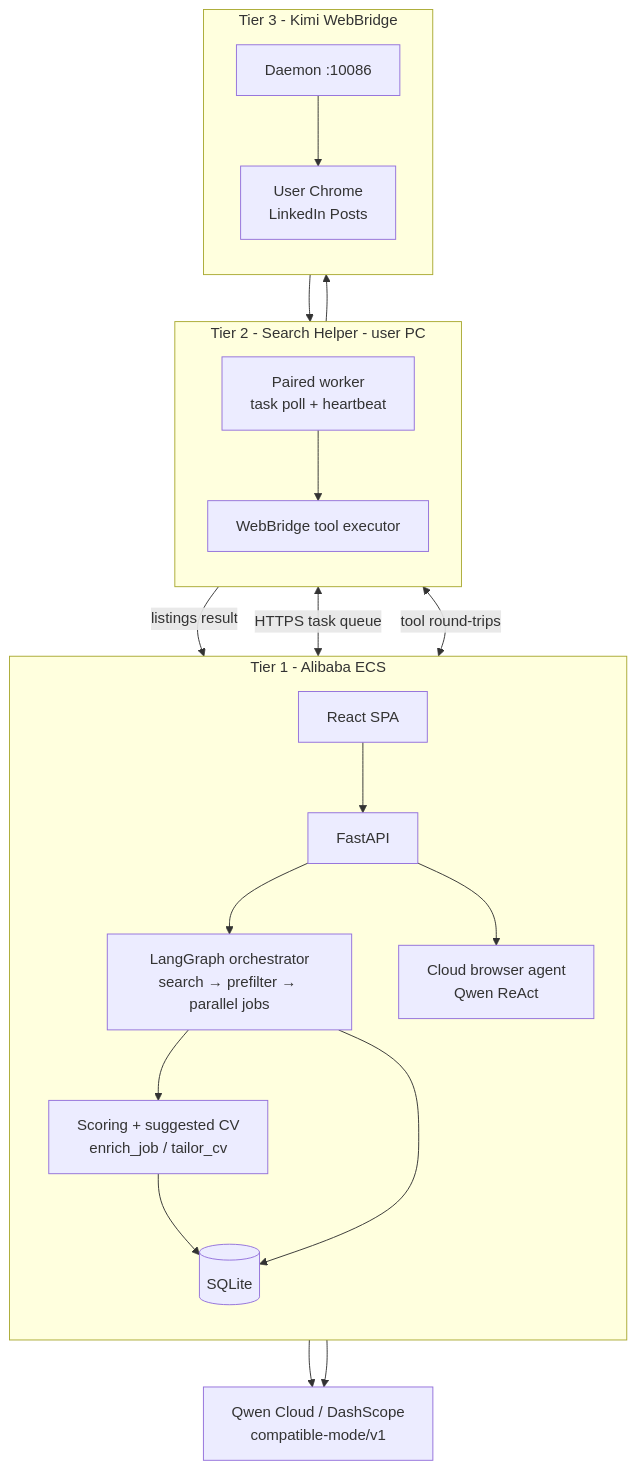
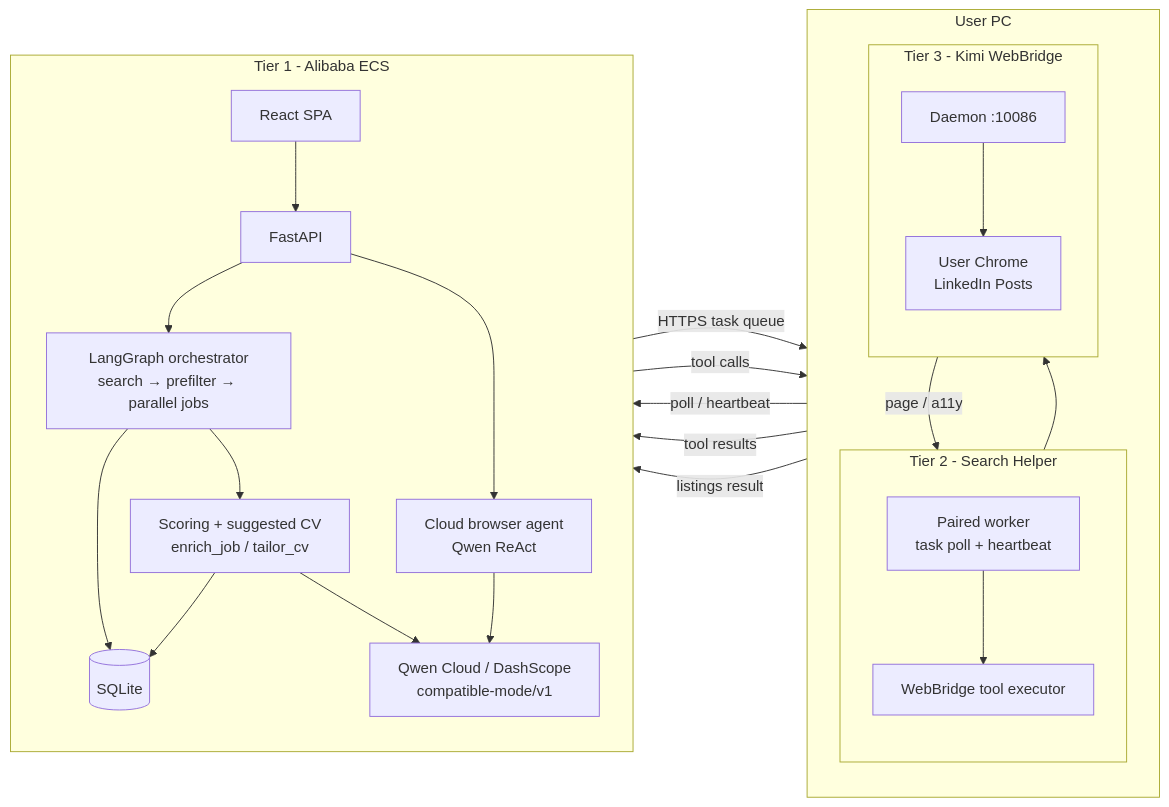
One commit to HamzaFayaz/JobPilot changed the first of 4 diagrams in README.md. Above: the diagram before and after it, drawn with Mermaid. The commit also changed other lines of this file, not shown here.

Commit message:
Refactor README.md to enhance deployment diagram clarity
- Updated the deployment diagram to a left-right layout for better visualization of the three-tier architecture.
- Clarified the roles of each tier and their interactions, including user PC and Alibaba ECS components.
- Improved descriptions for each tier to provide clearer context for judges and users.

````diff
--- a/README.md
+++ b/README.md
@@ -103,43 +103,45 @@
 ```mermaid
-flowchart TB
-  subgraph T1 ["Tier 1 - Alibaba ECS"]
+flowchart LR
+  subgraph DESKTOP["User PC"]
+    direction TB
+    subgraph T2["Tier 2 - Search Helper"]
+      direction TB
+      WH["Paired worker\ntask poll + heartbeat"]
+      EX["WebBridge tool executor"]
+      WH --> EX
+    end
+    subgraph T3["Tier 3 - Kimi WebBridge"]
+      direction TB
+      WB["Daemon :10086"]
+      CH["User Chrome\nLinkedIn Posts"]
+      WB --> CH
+    end
+    EX --> WB
+  end
+
+  subgraph T1["Tier 1 - Alibaba ECS"]
     direction TB
     UI["React SPA"]
     API["FastAPI"]
     LG["LangGraph orchestrator\nsearch → prefilter → parallel jobs"]
     BA["Cloud browser agent\nQwen ReAct"]
     SC["Scoring + suggested CV\nenrich_job / tailor_cv"]
     DB[("SQLite")]
+    Qwen["Qwen Cloud / DashScope\ncompatible-mode/v1"]
     UI --> API
     API --> LG
     API --> BA
     LG --> SC
     SC --> DB
     LG --> DB
+    BA --> Qwen
+    SC --> Qwen
   end
 
-  Qwen["Qwen Cloud / DashScope\ncompatible-mode/v1"]
-
-  subgraph T2 ["Tier 2 - Search Helper - user PC"]
-    direction TB
-    WH["Paired worker\ntask poll + heartbeat"]
-    EX["WebBridge tool executor"]
-    WH --> EX
-  end
-
-  subgraph T3 ["Tier 3 - Kimi WebBridge"]
-    direction TB
-    WB["Daemon :10086"]
-    CH["User Chrome\nLinkedIn Posts"]
-    WB --> CH
-  end
-
-  BA --> Qwen
-  SC --> Qwen
-
-  API <-->|"HTTPS task queue"| WH
-  BA <-->|"tool round-trips"| EX
-  EX --> WB
-  CH --> EX
+  API -->|"HTTPS task queue"| WH
+  WH -->|"poll / heartbeat"| API
+  BA -->|"tool calls"| EX
+  EX -->|"tool results"| BA
   EX -->|"listings result"| API
+  CH -->|"page / a11y"| EX
 ```
````
